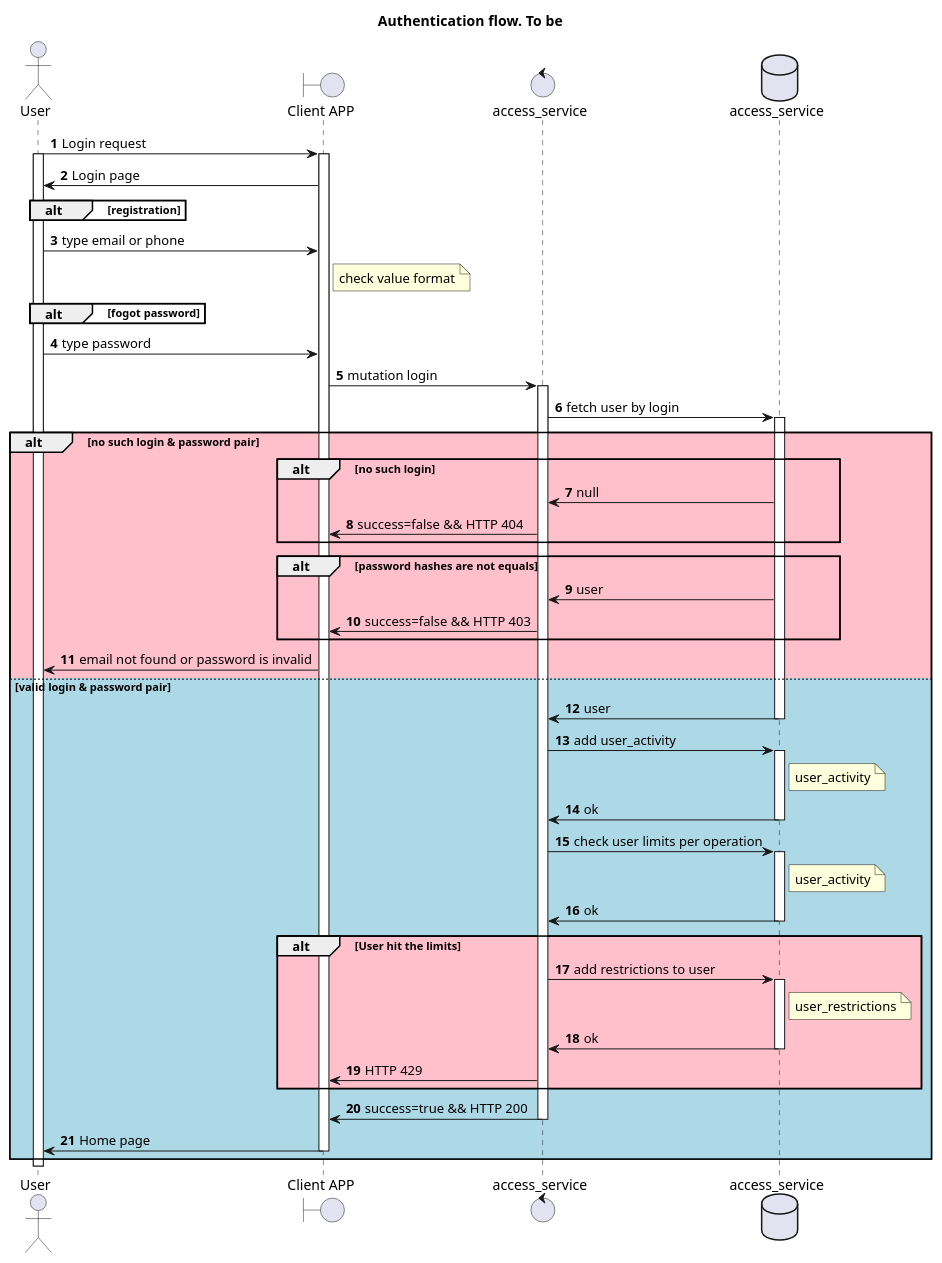
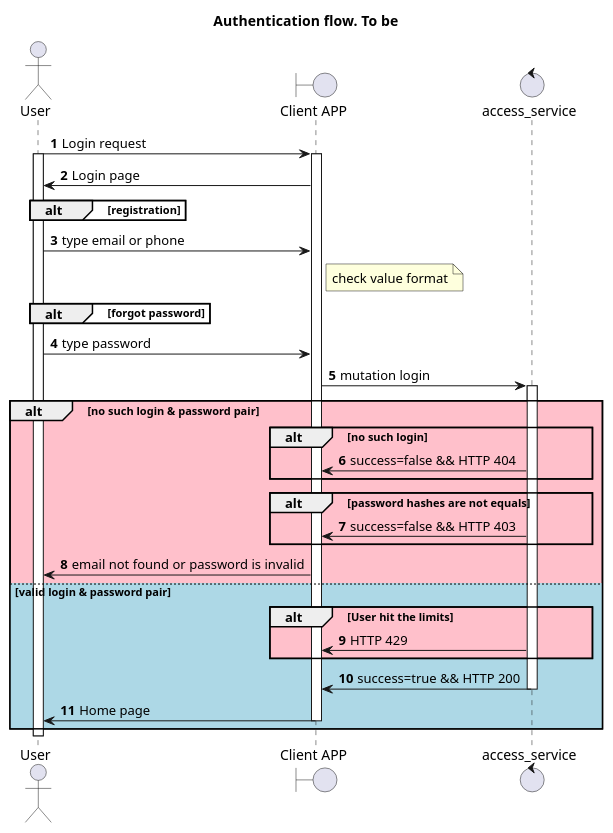
One commit to algruwork/work changed the diagram in schemas/Authentication_flow_as_to_be.puml. Above: the diagram before and after it, drawn with PlantUML.

Commit message:
simplify Authentication_flow_as_to_be.puml

```diff
--- a/schemas/Authentication_flow_as_to_be.puml
+++ b/schemas/Authentication_flow_as_to_be.puml
@@ -1,77 +1,48 @@
 @startuml
 title "Authentication flow. To be"
 
 actor User as U
 boundary "Client APP" as GUI
 control "access_service" as AC
-database "access_service" as DB
 
 autonumber
 
 U -> GUI: Login request
 activate U
 activate GUI
 GUI -> U: Login page
 
 alt registration
 end
 U -> GUI: type email or phone
 note right GUI
 check value format
 end note
-alt fogot password
+alt forgot password
 end
 U -> GUI: type password
 GUI -> AC: mutation login
 activate AC
 
-AC -> DB: fetch user by login
-activate DB
+
 alt #Pink no such login & password pair
 alt no such login
-DB -> AC: null
 AC -> GUI: success=false && HTTP 404
 end
 alt password hashes are not equals
-DB -> AC: user
 AC -> GUI: success=false && HTTP 403
 end
 GUI -> U: email not found or password is invalid
 else #LightBlue valid login & password pair
-DB -> AC: user
-deactivate DB
-
-DB <- AC: add user_activity
-activate DB
-note right DB
-user_activity
-end note
-DB -> AC: ok
-deactivate DB
-
-AC -> DB: check user limits per operation
-activate DB
-note right DB
-user_activity
-end note
-DB -> AC: ok
-deactivate DB
 
 alt #Pink User hit the limits
-AC -> DB: add restrictions to user
-activate DB
-note right DB
-user_restrictions
-end note
-DB -> AC: ok
-deactivate DB
 AC -> GUI: HTTP 429
 end
 
 AC -> GUI: success=true && HTTP 200
 deactivate AC
 GUI -> U: Home page
 deactivate GUI
 end
 deactivate U
 @enduml
```
